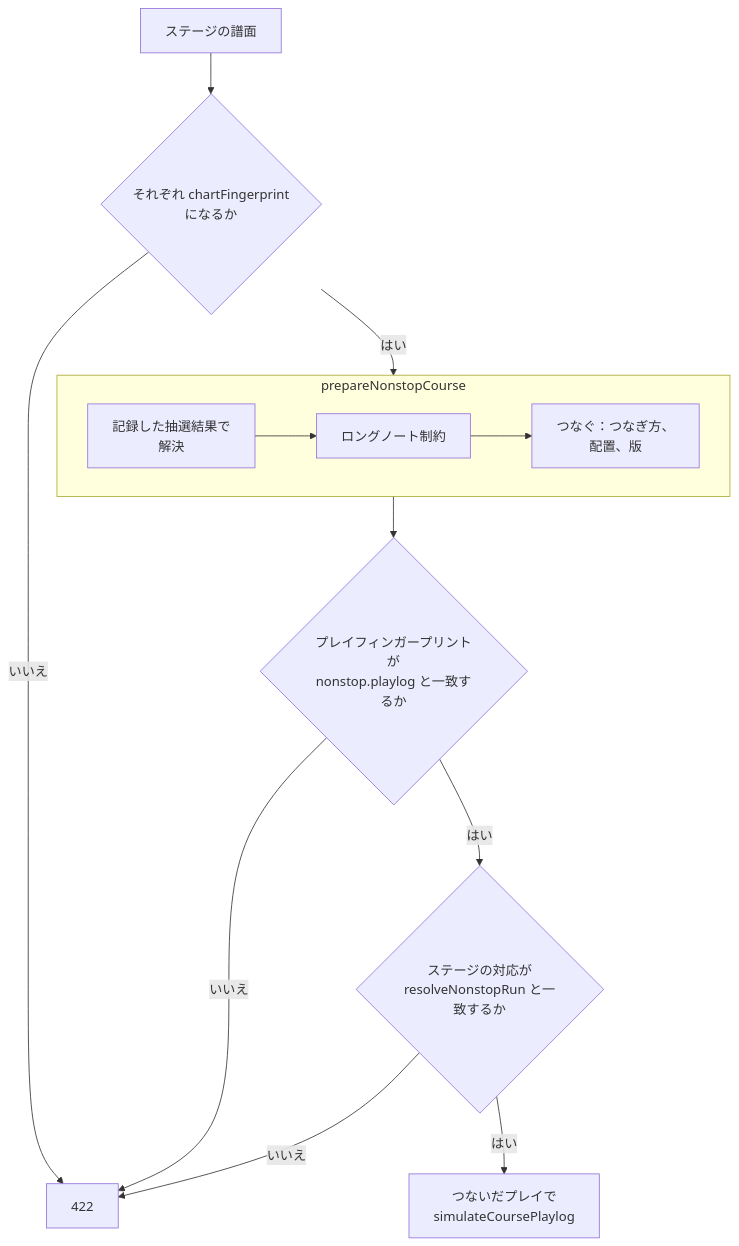
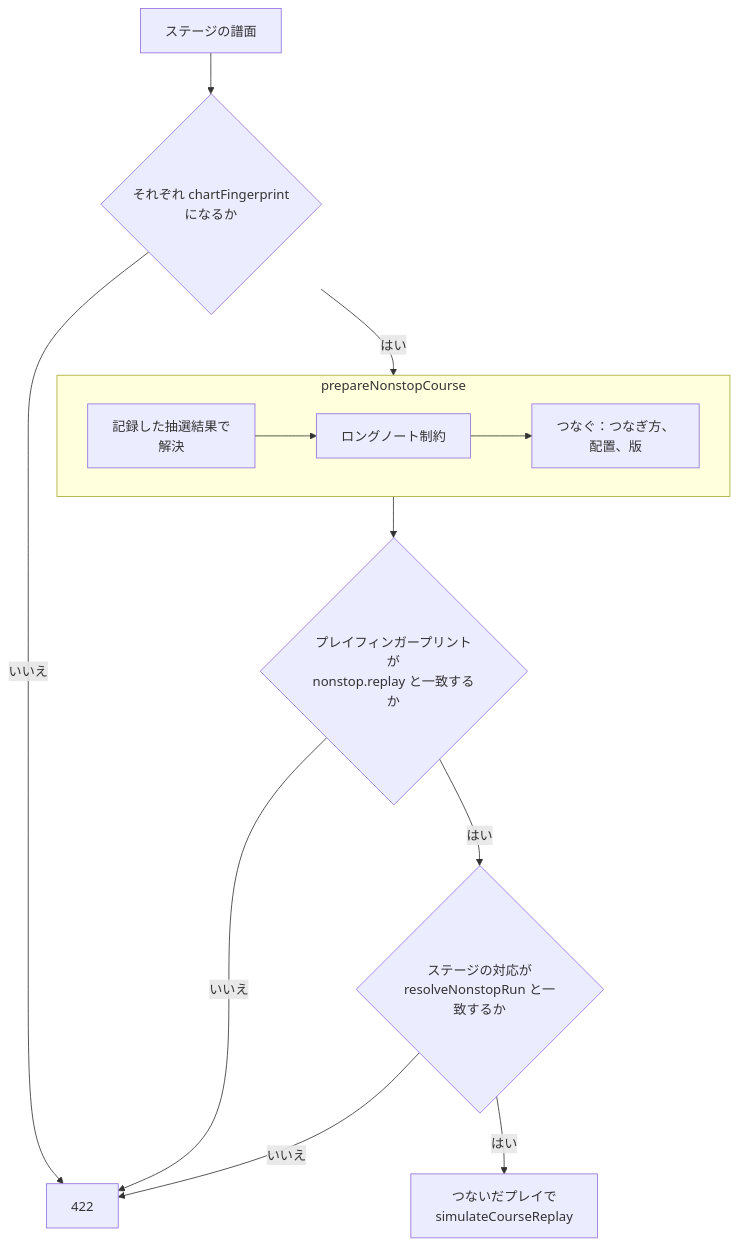
Before and after one commit to nulltask/be-music: the fourth of 4 diagrams in docs/leaderboard.ja.md, drawn with Mermaid. The commit also changed other lines of this file and 603 other files, not shown here.

Commit message:
refactor: align chart, replay, and judgment terminology

````diff
--- a/docs/leaderboard.ja.md
+++ b/docs/leaderboard.ja.md
@@ -340,15 +340,15 @@
 ```mermaid
 flowchart TD
   charts["ステージの譜面"] --> fp{"それぞれ chartFingerprint<br/>になるか"}
   fp -->|はい| prepare
   subgraph prepare["prepareNonstopCourse"]
     resolve["記録した抽選結果で<br/>解決"] --> ln["ロングノート制約"]
     ln --> stitch["つなぐ：つなぎ方、<br/>配置、版"]
   end
-  prepare --> same{"プレイフィンガープリントが<br/>nonstop.playlog と一致するか"}
+  prepare --> same{"プレイフィンガープリントが<br/>nonstop.replay と一致するか"}
   same -->|はい| map{"ステージの対応が<br/>resolveNonstopRun と一致するか"}
-  map -->|はい| sim["つないだプレイで<br/>simulateCoursePlaylog"]
+  map -->|はい| sim["つないだプレイで<br/>simulateCourseReplay"]
   fp -->|いいえ| refuse["422"]
   same -->|いいえ| refuse
   map -->|いいえ| refuse
 ```
````
